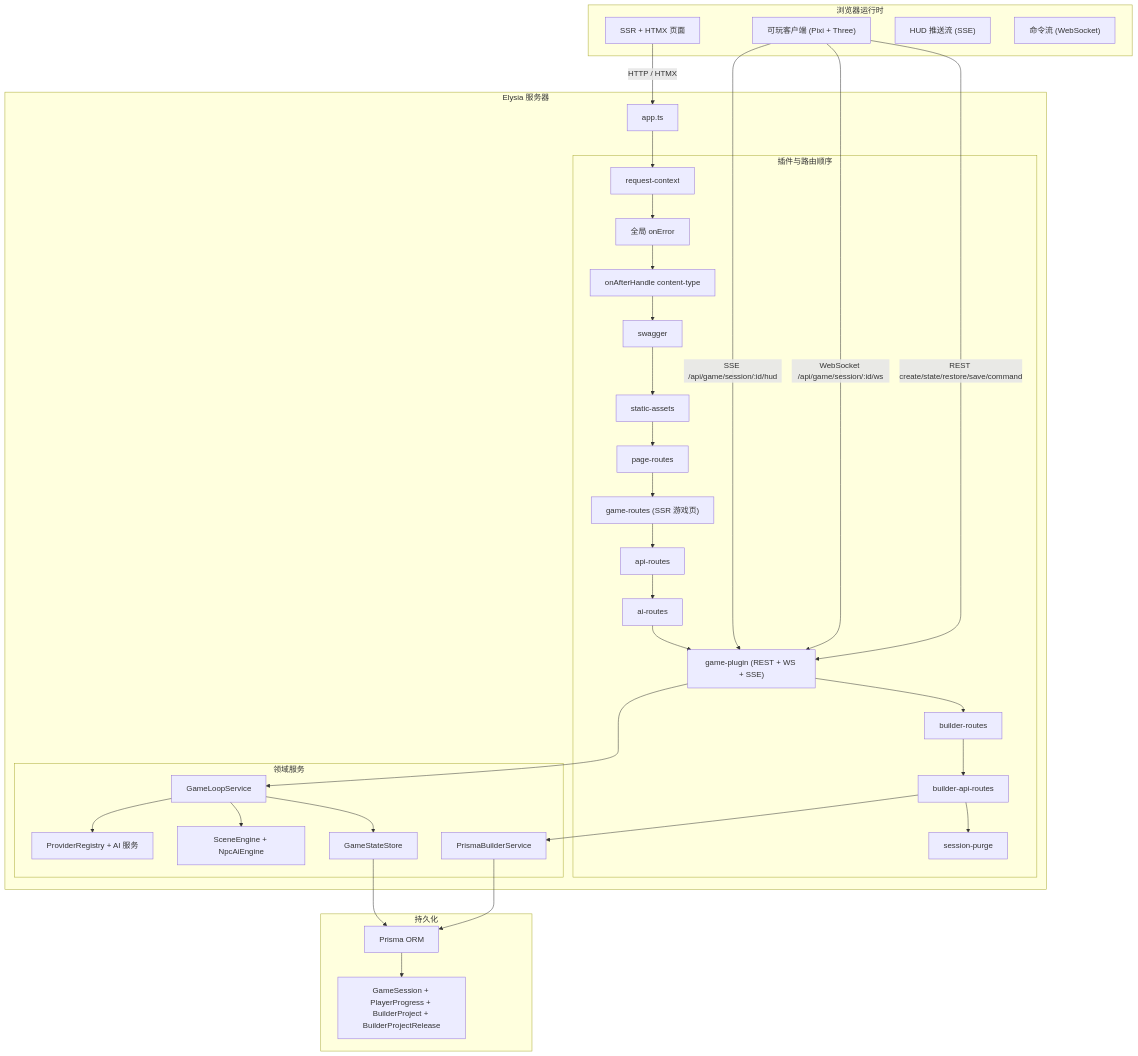
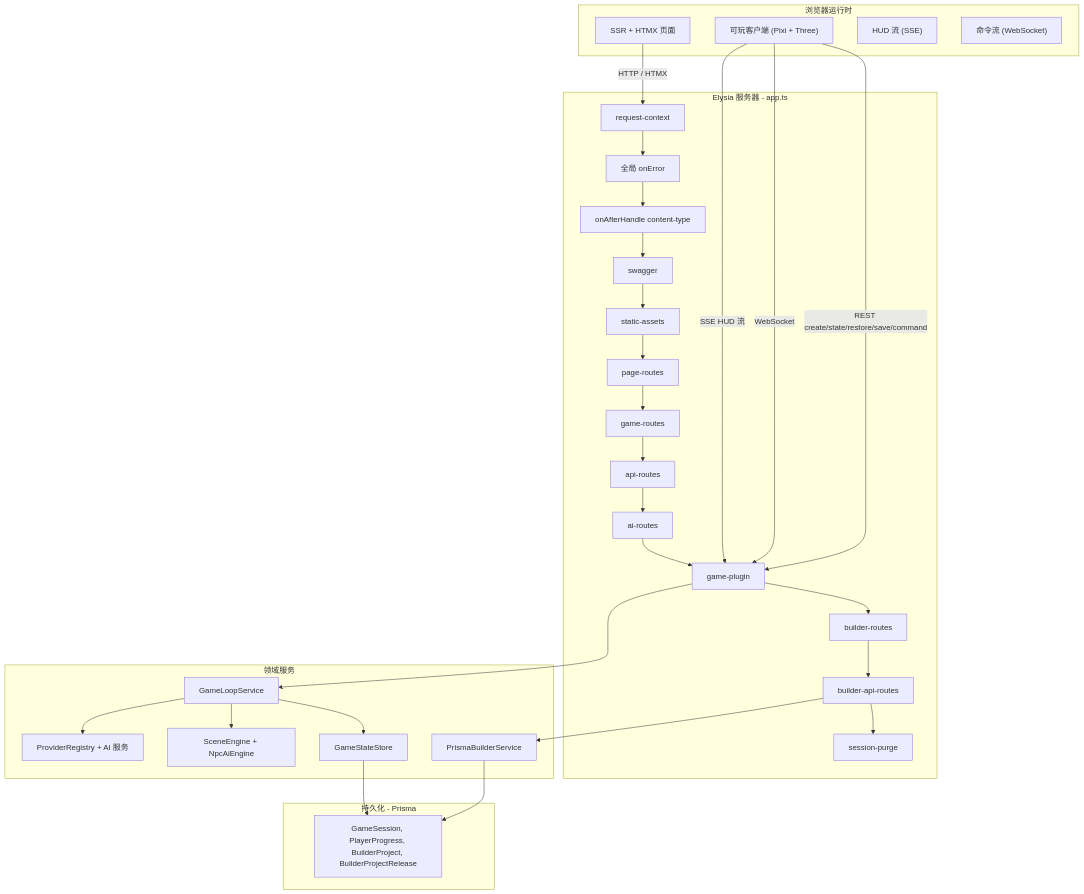
Before and after one commit to d4551/tea: the eighth of 13 diagrams in README.md, drawn with Mermaid. The commit also changed other lines of this file and 21 other files, not shown here.

First line of the commit message:
docs: fix README Mermaid charts for GitHub, remove legacy pitch refs

````diff
--- a/README.md
+++ b/README.md
@@ -576,52 +571,50 @@
 ```mermaid
 graph TB
   subgraph Browser["浏览器运行时"]
     SSR["SSR + HTMX 页面"]
     CLIENT["可玩客户端 (Pixi + Three)"]
-    SSEHUD["HUD 推送流 (SSE)"]
+    SSEHUD["HUD 流 (SSE)"]
     WS["命令流 (WebSocket)"]
   end
 
-  subgraph Elysia["Elysia 服务器"]
-    APP["app.ts"]
-
-    subgraph PluginOrder["插件与路由顺序"]
-      RC["request-context"]
-      EH["全局 onError"]
-      CT["onAfterHandle content-type"]
-      SW["swagger"]
-      SA["static-assets"]
-      PR["page-routes"]
-      GR["game-routes (SSR 游戏页)"]
-      AR["api-routes"]
-      AIR["ai-routes"]
-      GP["game-plugin (REST + WS + SSE)"]
-      BR["builder-routes"]
-      BA["builder-api-routes"]
-      SP["session-purge"]
-    end
-
-    subgraph Domain["领域服务"]
-      LOOP["GameLoopService"]
-      STORE["GameStateStore"]
-      SCENE["SceneEngine + NpcAiEngine"]
-      BUILDER["PrismaBuilderService"]
-      AI["ProviderRegistry + AI 服务"]
-    end
+  subgraph Elysia["Elysia 服务器 - app.ts"]
+    RC["request-context"]
+    EH["全局 onError"]
+    CT["onAfterHandle content-type"]
+    SW["swagger"]
+    SA["static-assets"]
+    PR["page-routes"]
+    GR["game-routes"]
+    AR["api-routes"]
+    AIR["ai-routes"]
+    GP["game-plugin"]
+    BR["builder-routes"]
+    BA["builder-api-routes"]
+    SP["session-purge"]
   end
 
-  subgraph Storage["持久化"]
-    PRI["Prisma ORM"]
-    DB["GameSession + PlayerProgress + BuilderProject + BuilderProjectRelease"]
+  subgraph Domain["领域服务"]
+    LOOP["GameLoopService"]
+    STORE["GameStateStore"]
+    SCENE["SceneEngine + NpcAiEngine"]
+    BUILDER["PrismaBuilderService"]
+    AI["ProviderRegistry + AI 服务"]
   end
 
-  SSR -->|"HTTP / HTMX"| APP
-  CLIENT -->|"REST create/state/restore/save/command"| GP
-  CLIENT -->|"WebSocket /api/game/session/:id/ws"| GP
-  CLIENT -->|"SSE /api/game/session/:id/hud"| GP
-  APP --> RC --> EH --> CT --> SW --> SA --> PR --> GR --> AR --> AIR --> GP --> BR --> BA --> SP
-  GP --> LOOP --> STORE --> PRI --> DB
+  subgraph Storage["持久化 - Prisma"]
+    DB["GameSession, PlayerProgress, BuilderProject, BuilderProjectRelease"]
+  end
+
+  SSR -->|HTTP / HTMX| RC
+  CLIENT -->|REST create/state/restore/save/command| GP
+  CLIENT -->|WebSocket| GP
+  CLIENT -->|SSE HUD 流| GP
+  RC --> EH --> CT --> SW --> SA --> PR --> GR --> AR --> AIR --> GP --> BR --> BA --> SP
+  GP --> LOOP
+  LOOP --> STORE
   LOOP --> SCENE
   LOOP --> AI
-  BA --> BUILDER --> PRI
+  STORE --> DB
+  BA --> BUILDER
+  BUILDER --> DB
 ```
````
